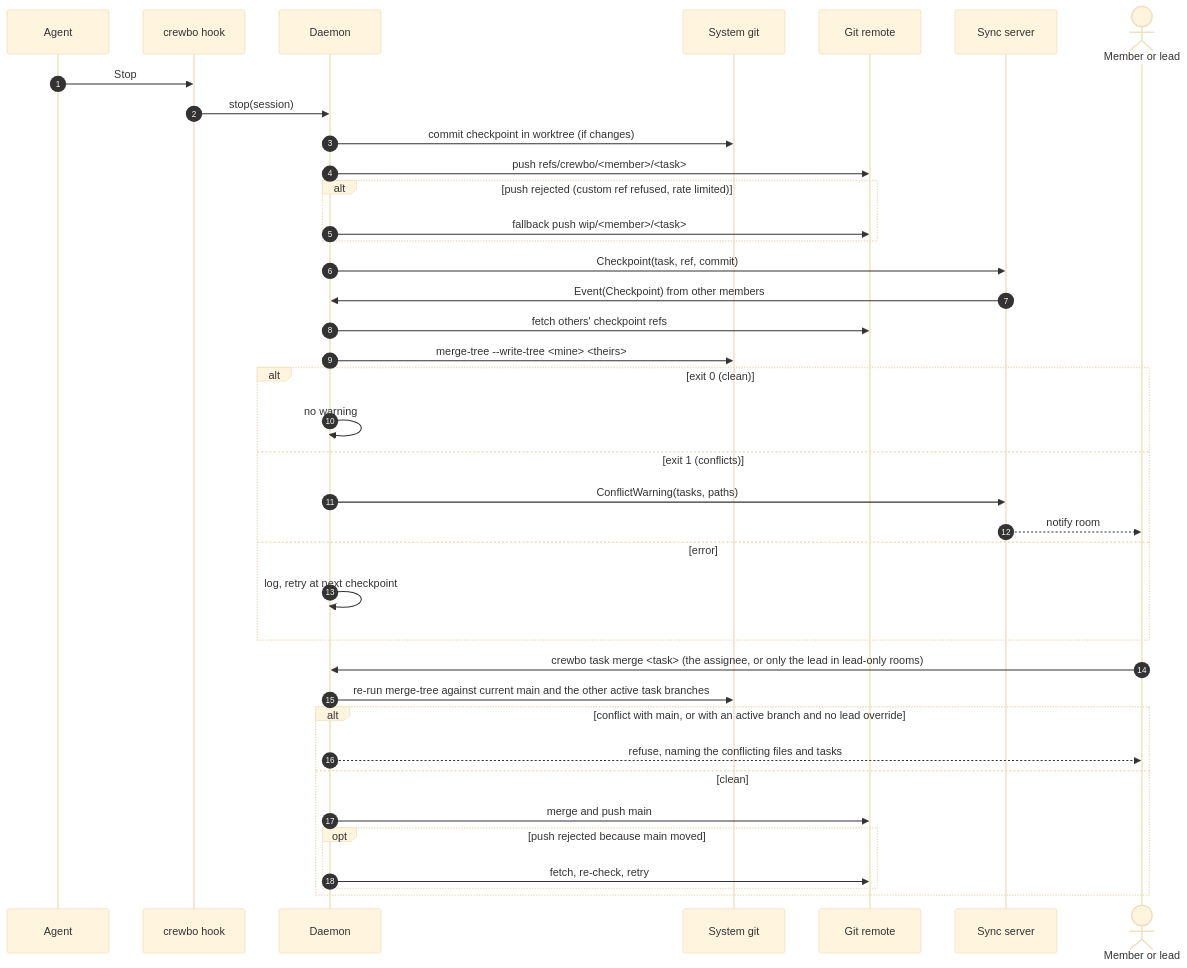
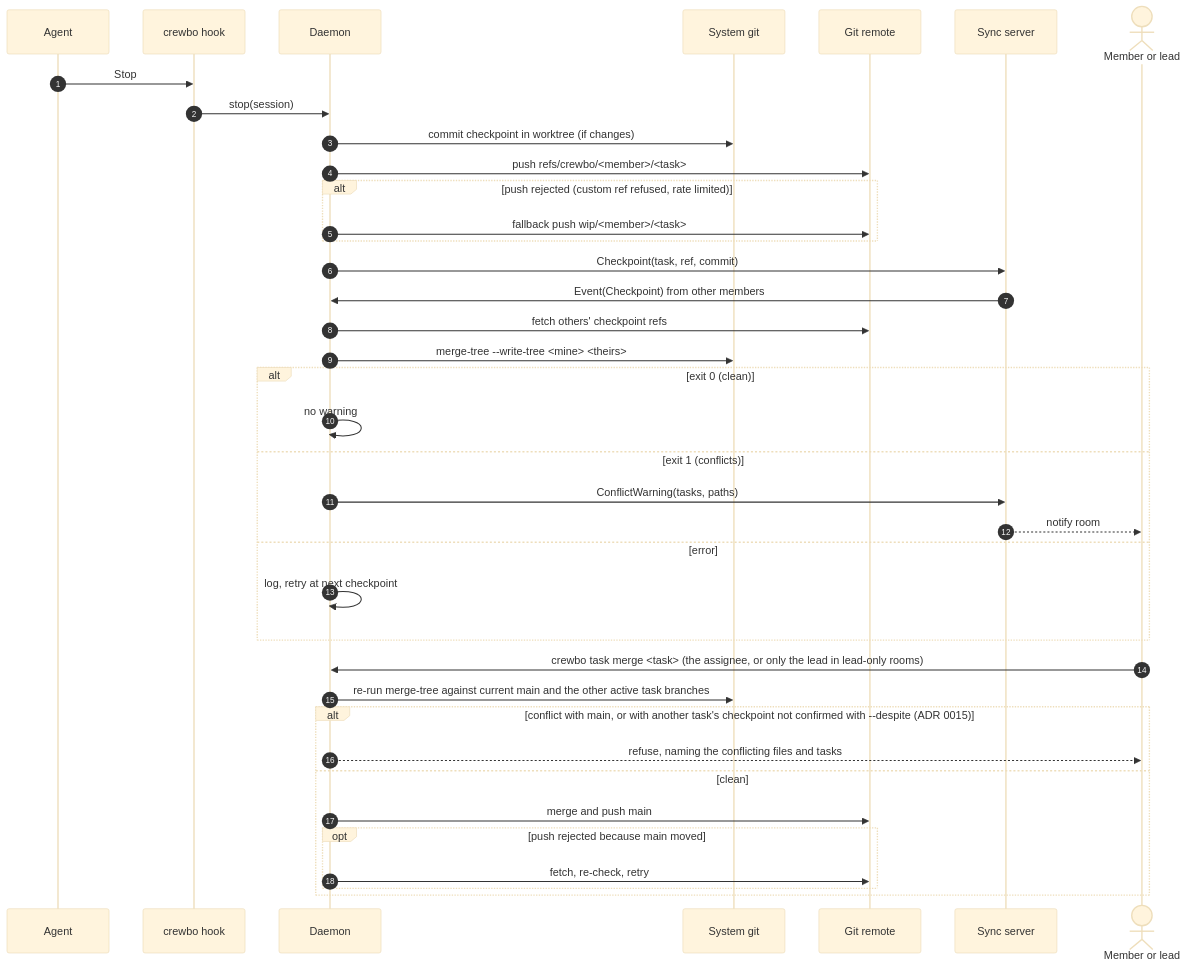
The fifth of 5 diagrams in docs/architecture/flows.md (crewbo/crewbo), drawn with Mermaid (base theme) before and after one commit. The commit also changed 15 other files, not shown here.

First line of the commit message:
feat(daemon): let a member merge their checkpointed task into main (#130)

````diff
--- a/docs/architecture/flows.md
+++ b/docs/architecture/flows.md
@@ -181,41 +181,41 @@
 ```mermaid
 sequenceDiagram
   autonumber
   participant A as Agent
   participant H as crewbo hook
   participant D as Daemon
   participant G as System git
   participant R as Git remote
   participant S as Sync server
   actor L as Member or lead
 
   A->>H: Stop
   H->>D: stop(session)
   D->>G: commit checkpoint in worktree (if changes)
   D->>R: push refs/crewbo/<member>/<task>
   alt push rejected (custom ref refused, rate limited)
     D->>R: fallback push wip/<member>/<task>
   end
   D->>S: Checkpoint(task, ref, commit)
   S->>D: Event(Checkpoint) from other members
   D->>R: fetch others' checkpoint refs
   D->>G: merge-tree --write-tree <mine> <theirs>
   alt exit 0 (clean)
     D->>D: no warning
   else exit 1 (conflicts)
     D->>S: ConflictWarning(tasks, paths)
     S-->>L: notify room
   else error
     D->>D: log, retry at next checkpoint
   end
   L->>D: crewbo task merge <task> (the assignee, or only the lead in lead-only rooms)
   D->>G: re-run merge-tree against current main and the other active task branches
-  alt conflict with main, or with an active branch and no lead override
+  alt conflict with main, or with another task's checkpoint not confirmed with --despite (ADR 0015)
     D-->>L: refuse, naming the conflicting files and tasks
   else clean
     D->>R: merge and push main
     opt push rejected because main moved
       D->>R: fetch, re-check, retry
     end
   end
 ```
````
